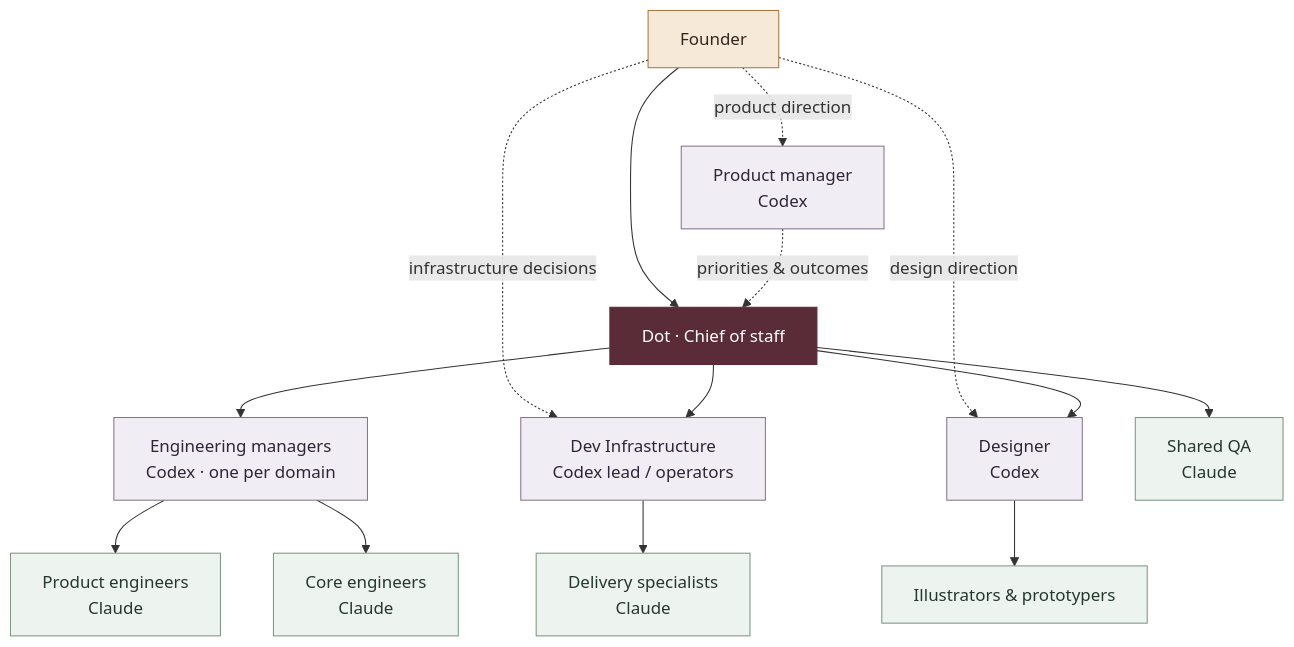
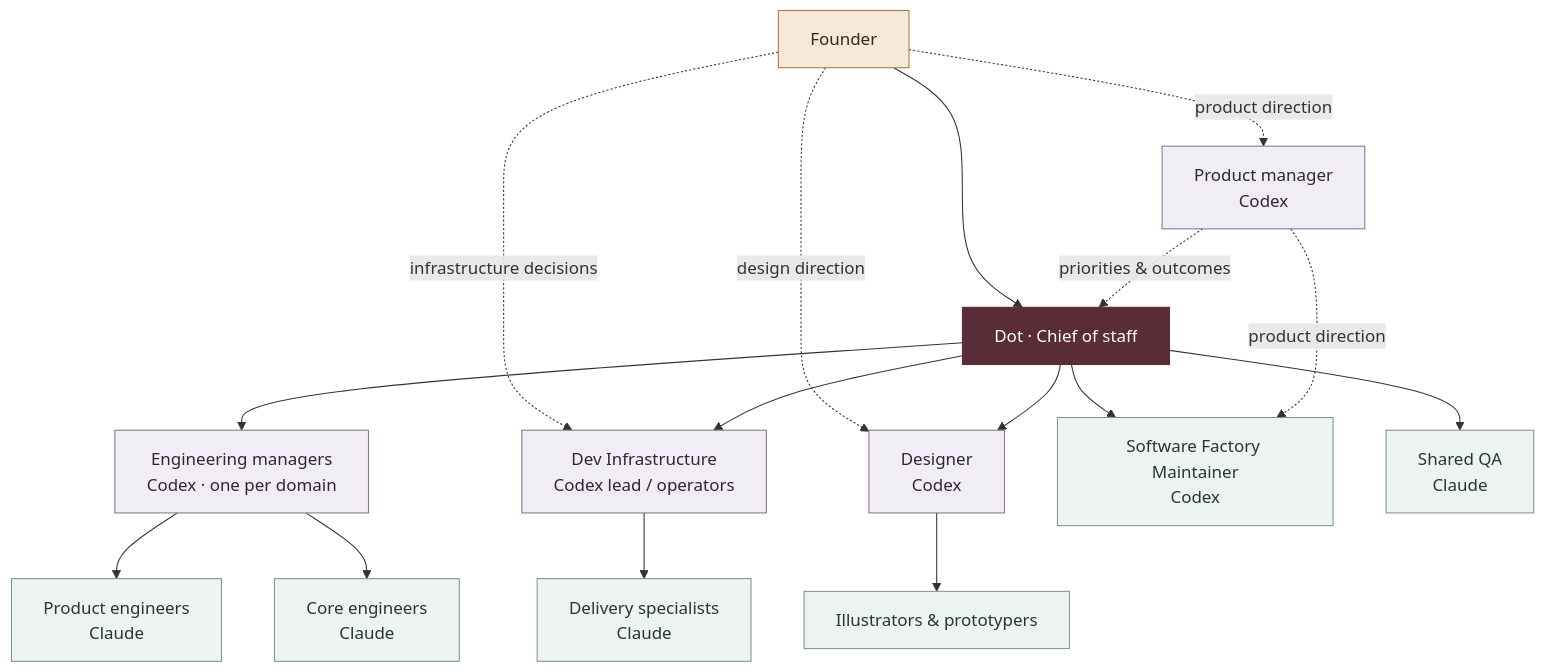
One commit to Immortal-Protocols/software-factory changed the diagram in README.md. Above: the diagram before and after it, drawn with Mermaid. The commit also changed other lines of this file and 1 other file, not shown here.

Commit message:
Document Software Factory maintenance ownership and contribution checks

````diff
--- a/README.md
+++ b/README.md
@@ -23,37 +23,40 @@
 ```mermaid
 flowchart TB
     Founder["Founder"]
     Chief["Dot · Chief of staff"]
     PM["Product manager<br/>Codex"]
     Managers["Engineering managers<br/>Codex · one per domain"]
     Infra["Dev Infrastructure<br/>Codex lead / operators"]
     Design["Designer<br/>Codex"]
+    Maintainer["Software Factory Maintainer<br/>Codex"]
     Product["Product engineers<br/>Claude"]
     Core["Core engineers<br/>Claude"]
     Specialists["Delivery specialists<br/>Claude"]
     Creative["Illustrators & prototypers"]
     QA["Shared QA<br/>Claude"]
 
     Founder --> Chief
     Founder -. product direction .-> PM
     Founder -. design direction .-> Design
     Founder -. infrastructure decisions .-> Infra
     PM -. priorities & outcomes .-> Chief
     Chief --> Managers
     Chief --> Infra
     Chief --> Design
     Chief --> QA
+    Chief --> Maintainer
+    PM -. product direction .-> Maintainer
     Managers --> Product
     Managers --> Core
     Infra --> Specialists
     Design --> Creative
 
     classDef human fill:#f6e9d8,stroke:#a87943,color:#34261d
     classDef chief fill:#592c38,stroke:#592c38,color:#fff
     classDef lead fill:#f1edf5,stroke:#897590,color:#302538
     classDef maker fill:#edf3ef,stroke:#7d9986,color:#24392c
     class Founder human
     class Chief chief
     class PM,Managers,Infra,Design lead
-    class Product,Core,Specialists,Creative,QA maker
+    class Product,Core,Specialists,Creative,QA,Maintainer maker
 ```
````
